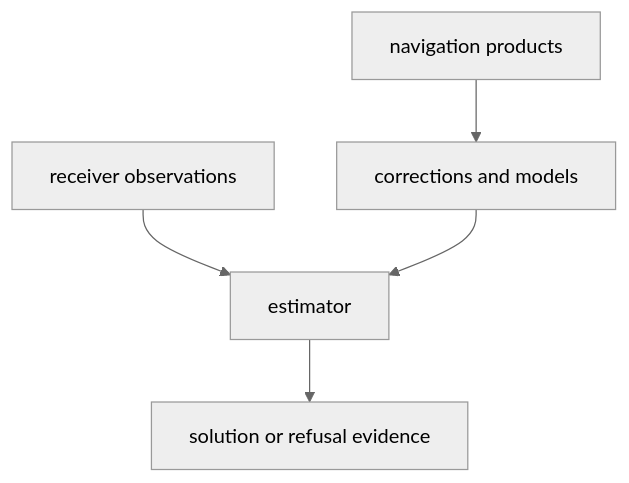
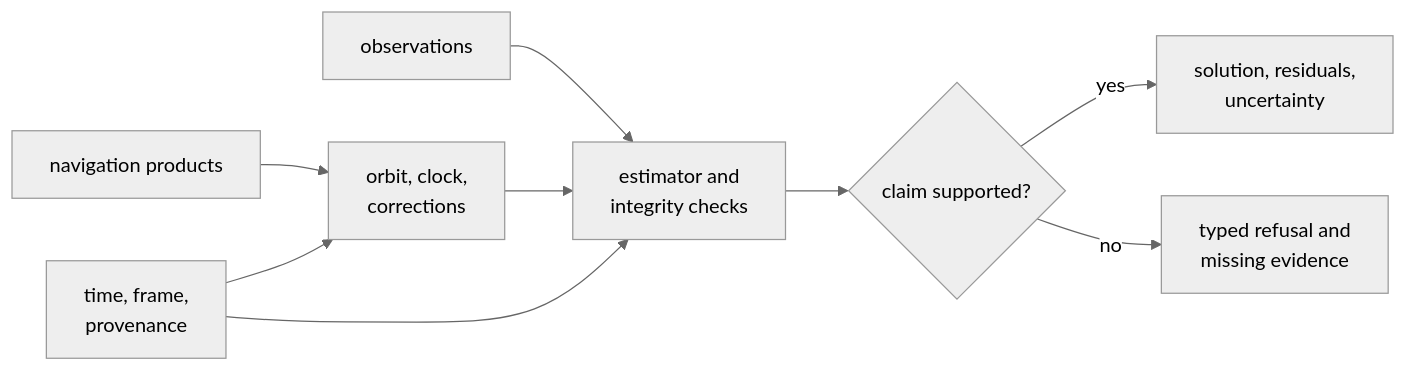
Before and after one commit to bijux/bijux-telecom: the diagram in crates/bijux-gnss-nav/README.md, drawn with Mermaid (neutral theme). The commit also changed other lines of this file and 1 other file, not shown here.

Commit message:
docs(science): distinguish receiver evidence from navigation claims

````diff
--- a/crates/bijux-gnss-nav/README.md
+++ b/crates/bijux-gnss-nav/README.md
@@ -56,13 +23,19 @@
 ```mermaid
-flowchart TB
-    product["navigation products"]
-    obs["receiver observations"]
-    corrections["corrections and models"]
-    estimator["estimator"]
-    solution["solution or refusal evidence"]
+flowchart LR
+    products["navigation products"]
+    observations["observations"]
+    context["time, frame,<br/>provenance"]
+    models["orbit, clock,<br/>corrections"]
+    estimator["estimator and<br/>integrity checks"]
+    decision{"claim supported?"}
+    solution["solution, residuals,<br/>uncertainty"]
+    refusal["typed refusal and<br/>missing evidence"]
 
-    product --> corrections
-    obs --> estimator
-    corrections --> estimator
-    estimator --> solution
+    products --> models
+    observations --> estimator
+    context --> models
+    context --> estimator
+    models --> estimator --> decision
+    decision -->|"yes"| solution
+    decision -->|"no"| refusal
 ```
````
